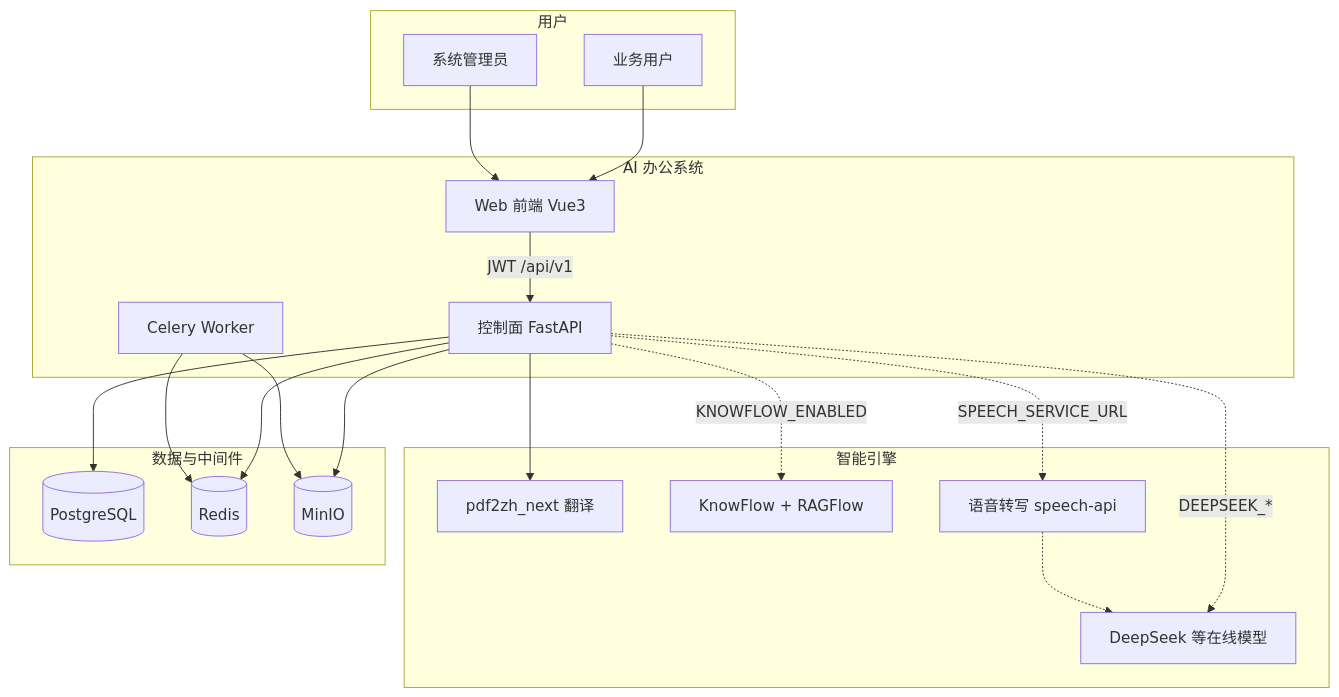
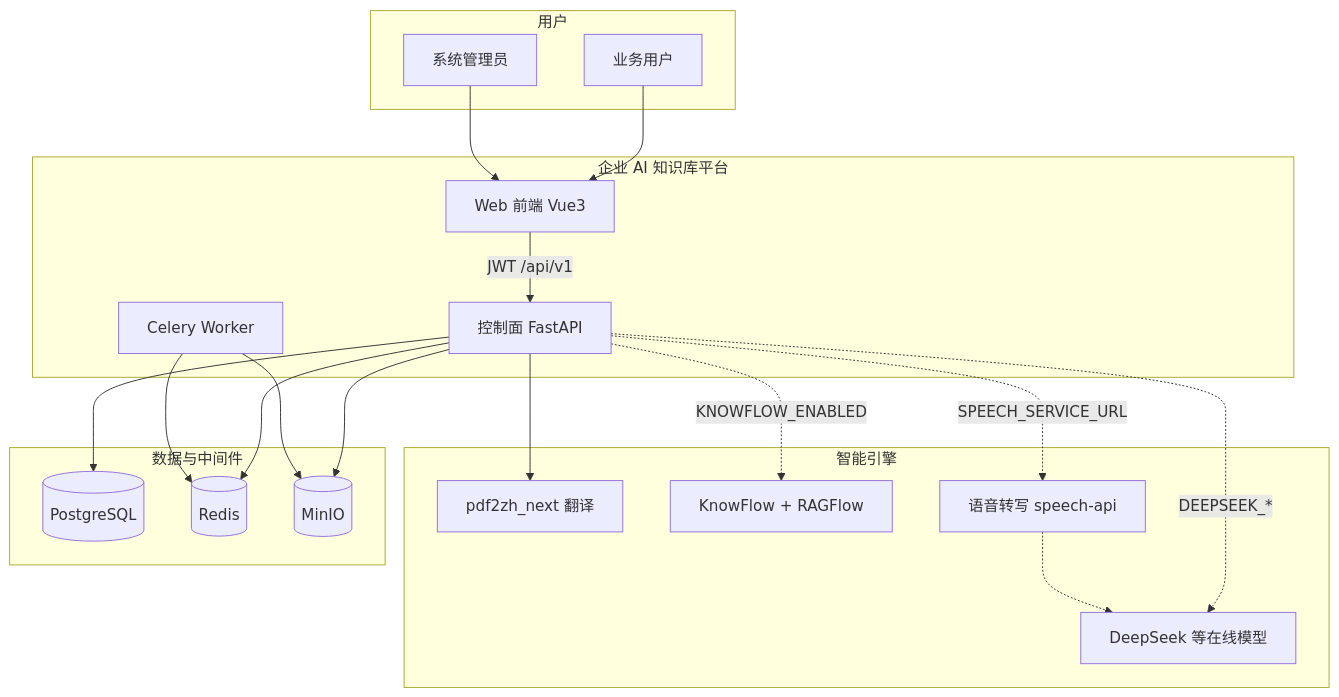
Before and after one commit to zhibinQiu/benxi: the first of 16 diagrams in docs/zh/development/system-architecture-overview.md, drawn with Mermaid. The commit also changed other lines of this file and 88 other files, not shown here.

````diff
--- a/docs/zh/development/system-architecture-overview.md
+++ b/docs/zh/development/system-architecture-overview.md
@@ -25,40 +25,40 @@
 ```mermaid
 flowchart TB
   subgraph users [用户]
     U1[业务用户]
     U2[系统管理员]
   end
 
-  subgraph system [AI 办公系统]
+  subgraph system [企业 AI 知识库平台]
     FE[Web 前端 Vue3]
     API[控制面 FastAPI]
     WRK[Celery Worker]
   end
 
   subgraph engines [智能引擎]
     PDF[pdf2zh_next 翻译]
     KF[KnowFlow + RAGFlow]
     SP[语音转写 speech-api]
     LLM[DeepSeek 等在线模型]
   end
 
   subgraph data [数据与中间件]
     PG[(PostgreSQL)]
     RD[(Redis)]
     MN[(MinIO)]
   end
 
   U1 --> FE
   U2 --> FE
   FE -->|JWT /api/v1| API
   API --> PG
   API --> RD
   API --> MN
   WRK --> RD
   WRK --> MN
   API --> PDF
   API -.->|KNOWFLOW_ENABLED| KF
   API -.->|SPEECH_SERVICE_URL| SP
   API -.->|DEEPSEEK_*| LLM
   SP -.-> LLM
 ```
````
